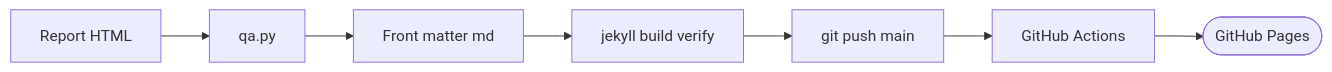
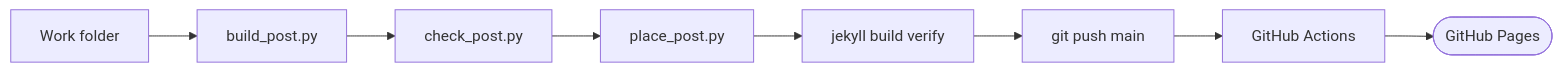
The fourth of 4 diagrams in docs/architecture.md (whchoi98/whchoi98.github.io), drawn with Mermaid before and after one commit. The commit also changed other lines of this file and 9 other files, not shown here.

First line of the commit message:
docs: describe the new publishing flow in README, architecture and onboarding

````diff
--- a/docs/architecture.md
+++ b/docs/architecture.md
@@ -189,4 +187,4 @@
 ```mermaid
 flowchart LR
-  Draft[Report HTML] --> QA[qa.py] --> FM[Front matter md] --> Build[jekyll build verify] --> Push[git push main] --> Actions[GitHub Actions] --> Pages([GitHub Pages])
+  Work[Work folder] --> BuildPost[build_post.py] --> Check[check_post.py] --> Place[place_post.py] --> Build[jekyll build verify] --> Push[git push main] --> Actions[GitHub Actions] --> Pages([GitHub Pages])
 ```
````
